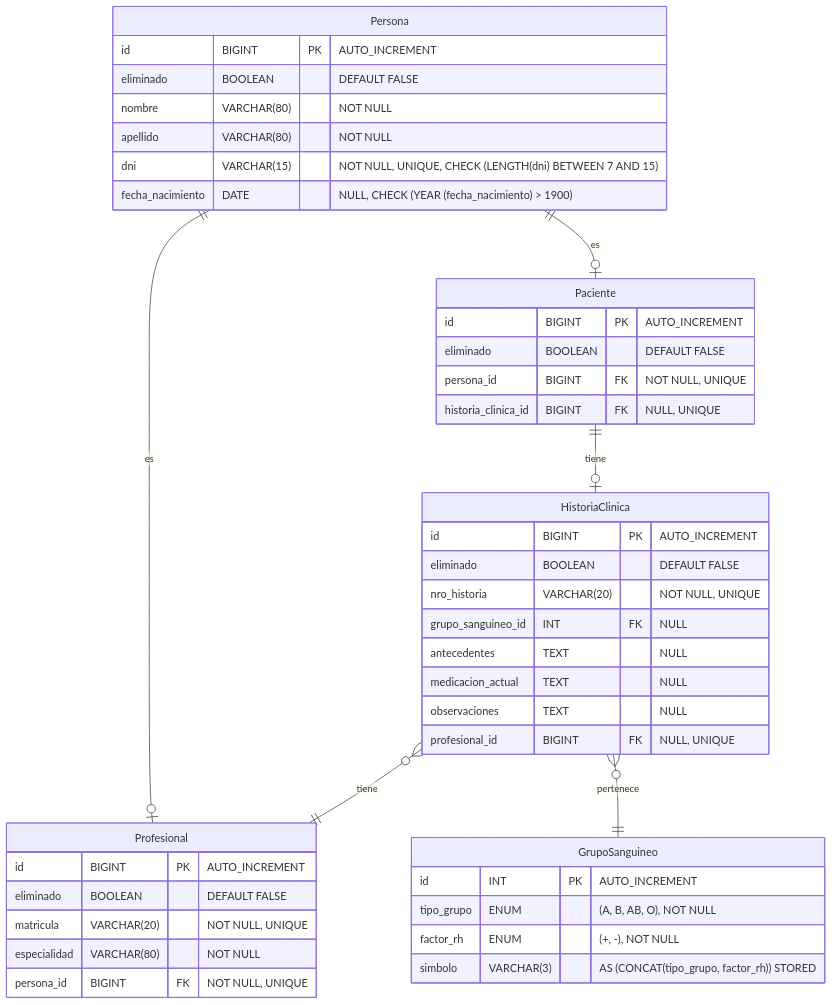
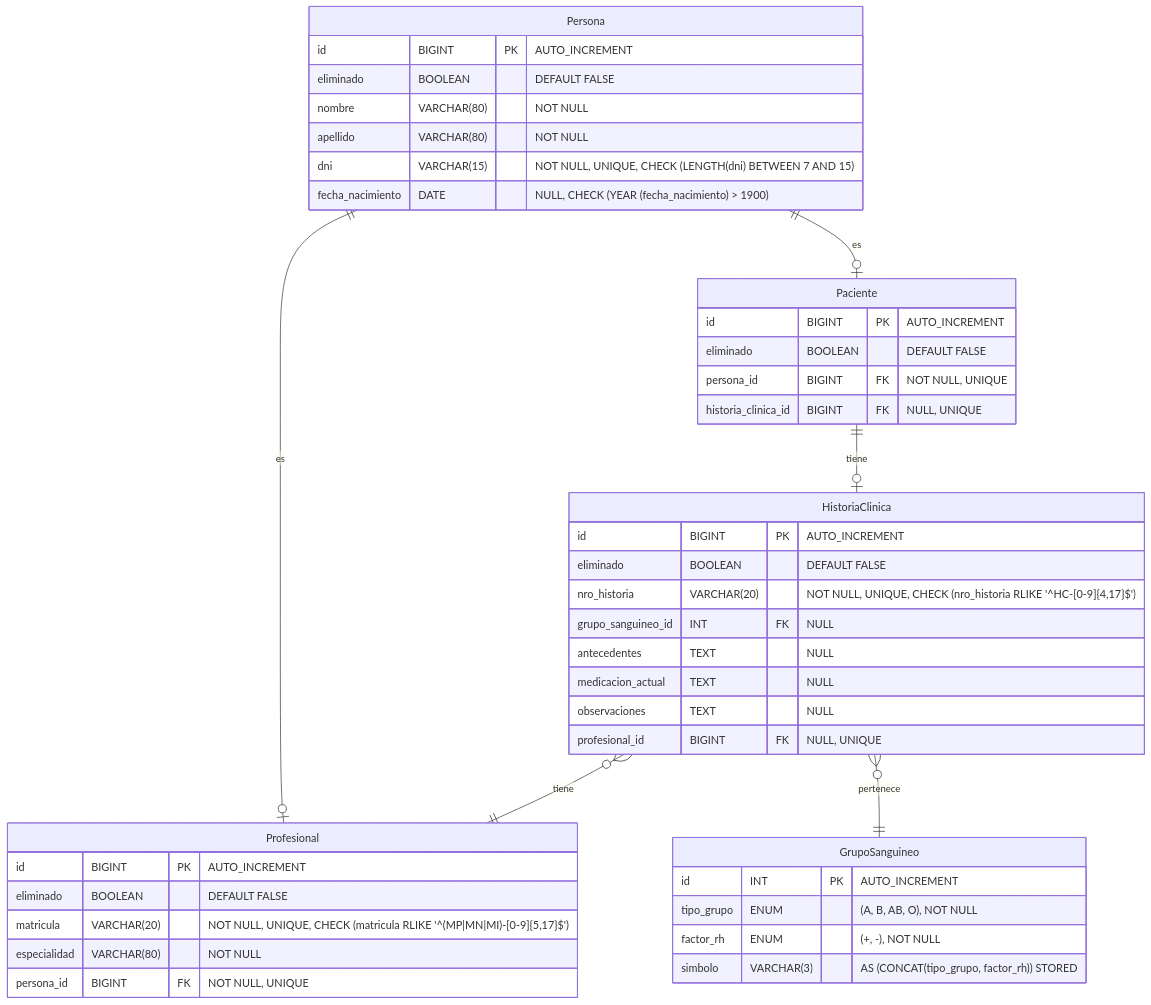
One commit to Gerolupo12/paciente-historia-cliente changed the second of 2 diagrams in informes/informe_db_i.md. Above: the diagram before and after it, drawn with Mermaid. The commit also changed other lines of this file and 18 other files, not shown here.

````diff
--- a/informes/informe_db_i.md
+++ b/informes/informe_db_i.md
@@ -126,50 +126,50 @@
 ```mermaid
 erDiagram
     Persona {
         id BIGINT PK "AUTO_INCREMENT"
         eliminado BOOLEAN "DEFAULT FALSE"
         nombre VARCHAR(80) "NOT NULL"
         apellido VARCHAR(80) "NOT NULL"
         dni VARCHAR(15) "NOT NULL, UNIQUE, CHECK (LENGTH(dni) BETWEEN 7 AND 15)"
         fecha_nacimiento DATE "NULL, CHECK (YEAR (fecha_nacimiento) > 1900)"
     }
 
     Paciente {
         id BIGINT PK "AUTO_INCREMENT"
         eliminado BOOLEAN "DEFAULT FALSE"
         persona_id BIGINT FK "NOT NULL, UNIQUE"
         historia_clinica_id BIGINT FK "NULL, UNIQUE"
     }
 
     Profesional {
         id BIGINT PK "AUTO_INCREMENT"
         eliminado BOOLEAN "DEFAULT FALSE"
-        matricula VARCHAR(20) "NOT NULL, UNIQUE"
+        matricula VARCHAR(20) "NOT NULL, UNIQUE, CHECK (matricula RLIKE '^(MP|MN|MI)-[0-9]{5,17}$')"
         especialidad VARCHAR(80) "NOT NULL"
         persona_id BIGINT FK "NOT NULL, UNIQUE"
     }
 
     HistoriaClinica {
         id BIGINT PK "AUTO_INCREMENT"
         eliminado BOOLEAN "DEFAULT FALSE"
-        nro_historia VARCHAR(20) "NOT NULL, UNIQUE"
+        nro_historia VARCHAR(20) "NOT NULL, UNIQUE, CHECK (nro_historia RLIKE '^HC-[0-9]{4,17}$')"
         grupo_sanguineo_id INT FK "NULL"
         antecedentes TEXT "NULL"
         medicacion_actual TEXT "NULL"
         observaciones TEXT "NULL"
         profesional_id BIGINT FK "NULL, UNIQUE"
     }
 
     GrupoSanguineo {
         id INT PK "AUTO_INCREMENT"
         tipo_grupo ENUM "(A, B, AB, O), NOT NULL"
         factor_rh ENUM "(+, -), NOT NULL"
         simbolo VARCHAR(3) "AS (CONCAT(tipo_grupo, factor_rh)) STORED"
     }
 
     Persona ||--o| Paciente : "es"
     Persona ||--o| Profesional : "es"
     Paciente ||--o| HistoriaClinica : "tiene"
     HistoriaClinica }o--|| Profesional : "tiene"
     HistoriaClinica }o--|| GrupoSanguineo : "pertenece"
 ```
````
